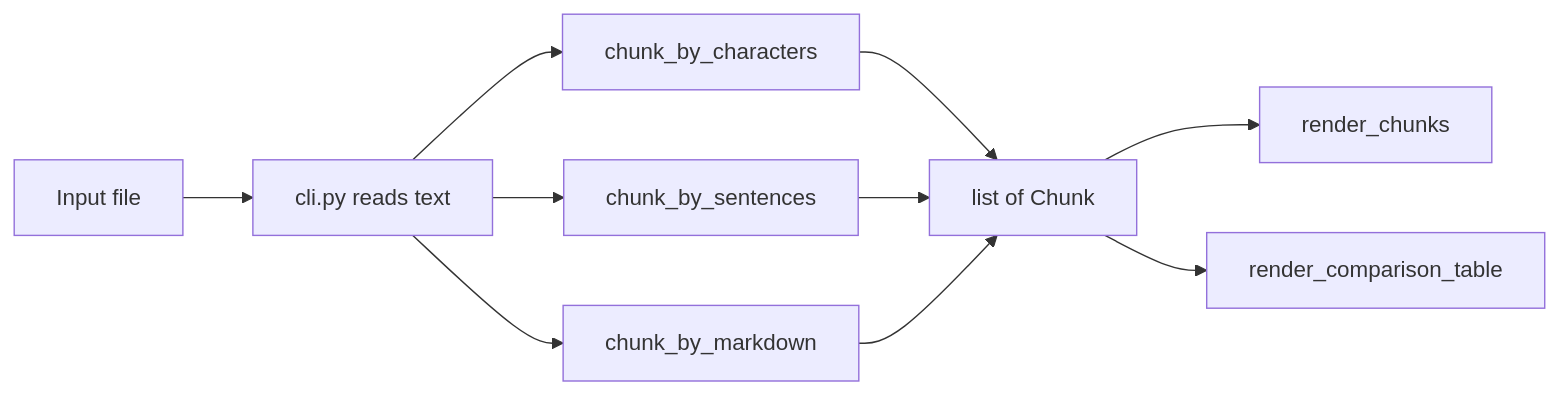
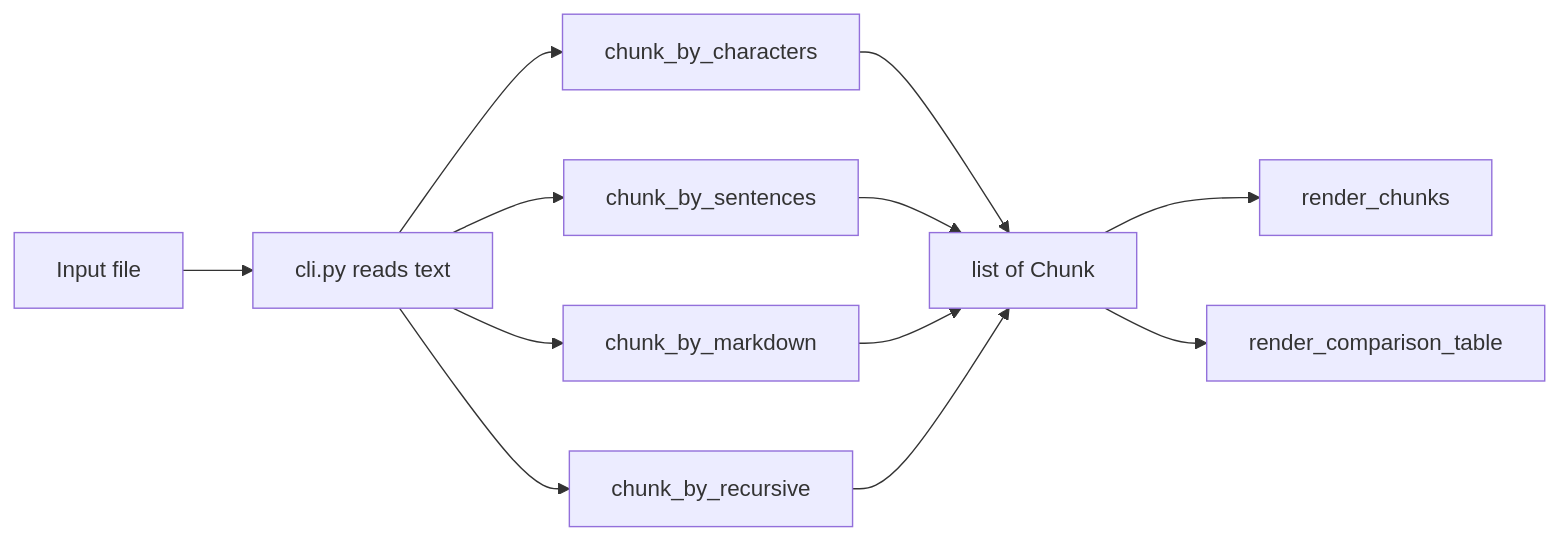
The diagram in about.md (utkarshk0509/rag-chunk-visualizer), drawn with Mermaid before and after one commit. The commit also changed other lines of this file and 5 other files, not shown here.

````diff
--- a/about.md
+++ b/about.md
@@ -66,12 +69,14 @@
 ```mermaid
 flowchart LR
     A[Input file] --> B[cli.py reads text]
     B --> C1[chunk_by_characters]
     B --> C2[chunk_by_sentences]
     B --> C3[chunk_by_markdown]
+    B --> C4[chunk_by_recursive]
     C1 --> D[list of Chunk]
     C2 --> D
     C3 --> D
+    C4 --> D
     D --> E[render_chunks]
     D --> F[render_comparison_table]
 ```
````
